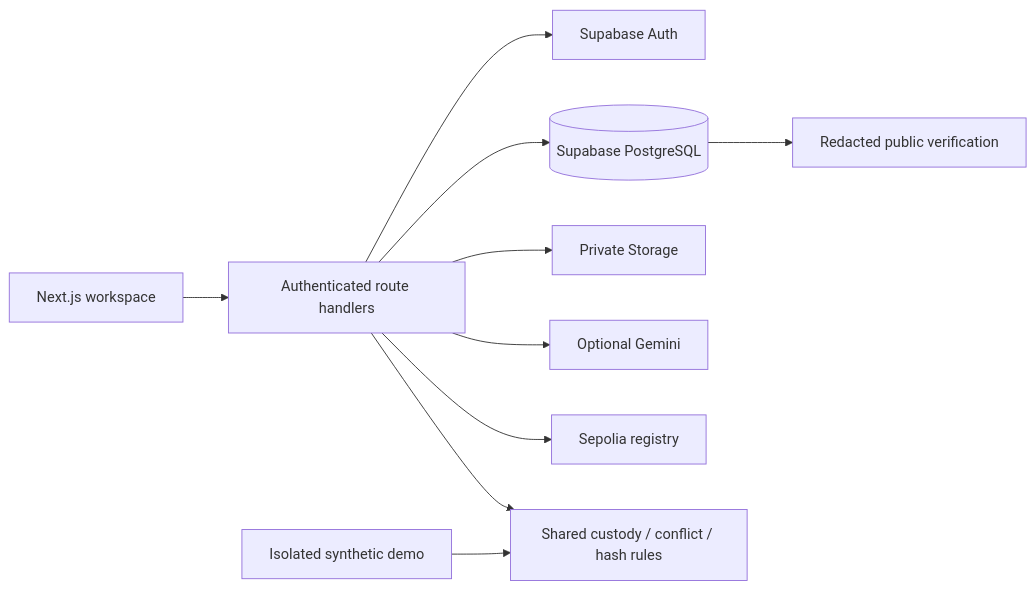
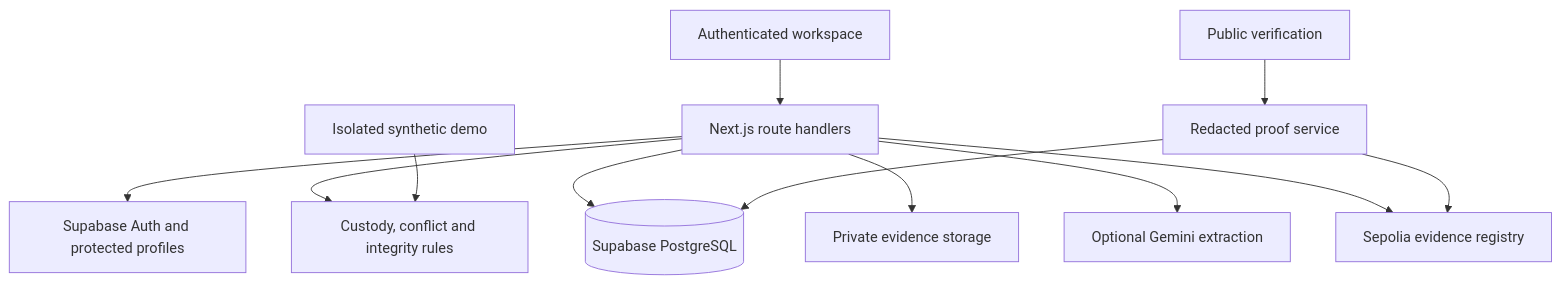
The diagram in README.md (PrincePundir123/bioproof-climatechain), drawn with Mermaid before and after one commit. The commit also changed other lines of this file, not shown here.

````diff
--- a/README.md
+++ b/README.md
@@ -53,12 +120,14 @@
 ```mermaid
-flowchart LR
-  UI[Next.js workspace] --> API[Authenticated route handlers]
-  API --> AUTH[Supabase Auth]
+flowchart TD
+  UI[Authenticated workspace] --> API[Next.js route handlers]
+  API --> AUTH[Supabase Auth and protected profiles]
+  API --> RULES[Custody, conflict and integrity rules]
   API --> DB[(Supabase PostgreSQL)]
-  API --> STORAGE[Private Storage]
-  API --> AI[Optional Gemini]
-  API --> CHAIN[Sepolia registry]
-  DEMO[Isolated synthetic demo] --> RULES[Shared custody / conflict / hash rules]
-  API --> RULES
-  DB --> PUBLIC[Redacted public verification]
+  API --> FILES[Private evidence storage]
+  API --> AI[Optional Gemini extraction]
+  API --> CHAIN[Sepolia evidence registry]
+  DEMO[Isolated synthetic demo] --> RULES
+  PUBLIC[Public verification] --> PROOF[Redacted proof service]
+  PROOF --> DB
+  PROOF --> CHAIN
 ```
````
